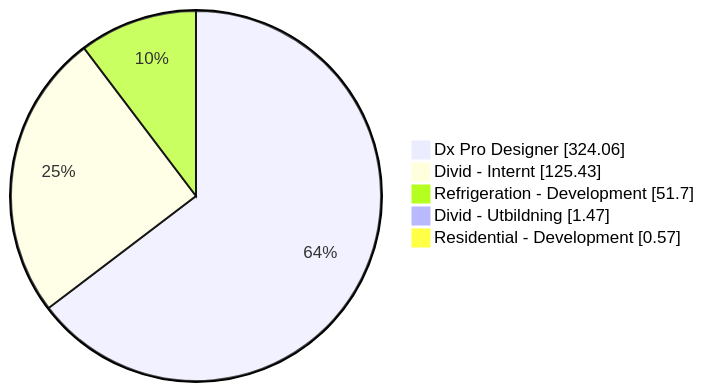
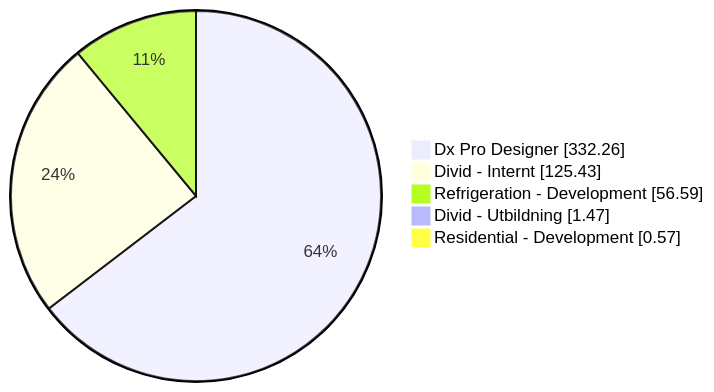
One commit to albinforsberg-netizen/timeclock changed the first of 5 diagrams in README.org. Above: the diagram before and after it, drawn with Mermaid. The commit also changed other lines of this file, not shown here.

```diff
--- a/README.org
+++ b/README.org
@@ -32,8 +32,8 @@
 #+begin_src mermaid
 pie showData
-    "Dx Pro Designer" : 324.06
+    "Dx Pro Designer" : 332.26
     "Divid - Internt" : 125.43
-    "Refrigeration - Development" : 51.70
+    "Refrigeration - Development" : 56.59
     "Divid - Utbildning" : 1.47
     "Residential - Development" : 0.57
 #+end_src
```
